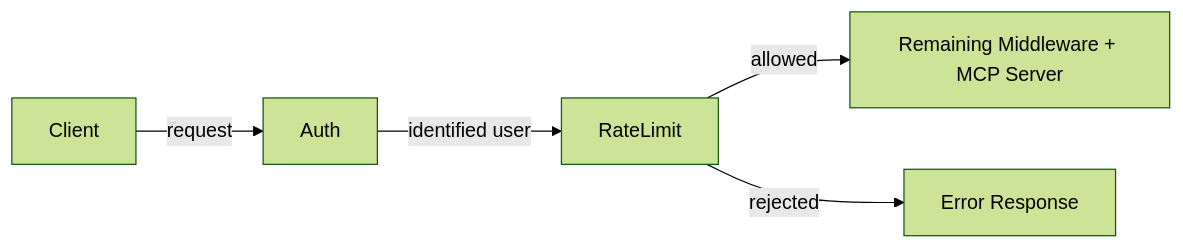
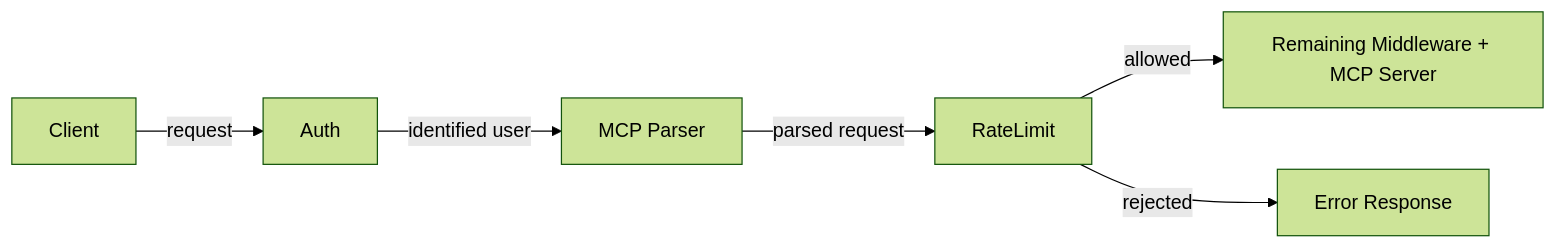
Before and after one commit to stacklok/toolhive-rfcs: the diagram in rfcs/THV-0057-rate-limiting.md, drawn with Mermaid (forest theme). The commit also changed other lines of this file, not shown here.

First line of the commit message:
Address @ChrisJBurns review feedback on THV-0057 rate limiting RFC

````diff
--- a/rfcs/THV-0057-rate-limiting.md
+++ b/rfcs/THV-0057-rate-limiting.md
@@ -47,7 +48,8 @@
 ```mermaid
 flowchart LR
     Client -->|request| Auth
-    Auth -->|identified user| RateLimit
+    Auth -->|identified user| MCPParser[MCP Parser]
+    MCPParser -->|parsed request| RateLimit
     RateLimit -->|allowed| Downstream[Remaining Middleware + MCP Server]
     RateLimit -->|rejected| Error[Error Response]
 ```
````
